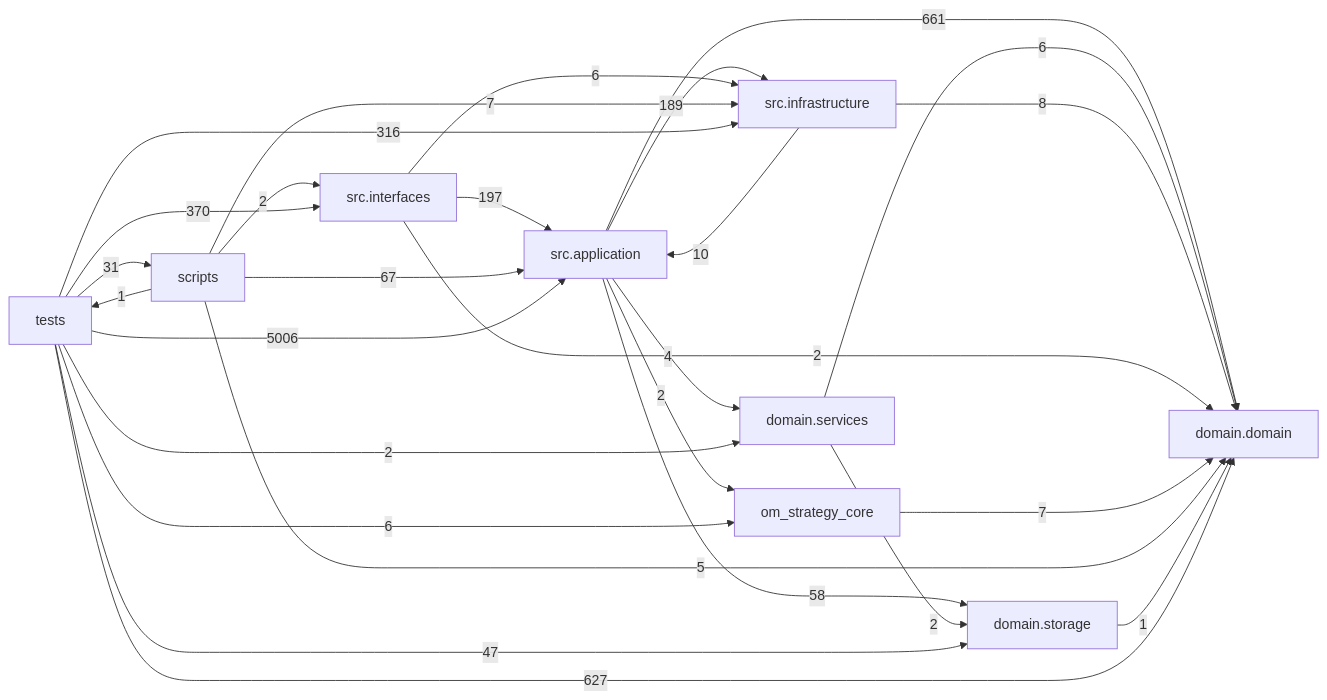
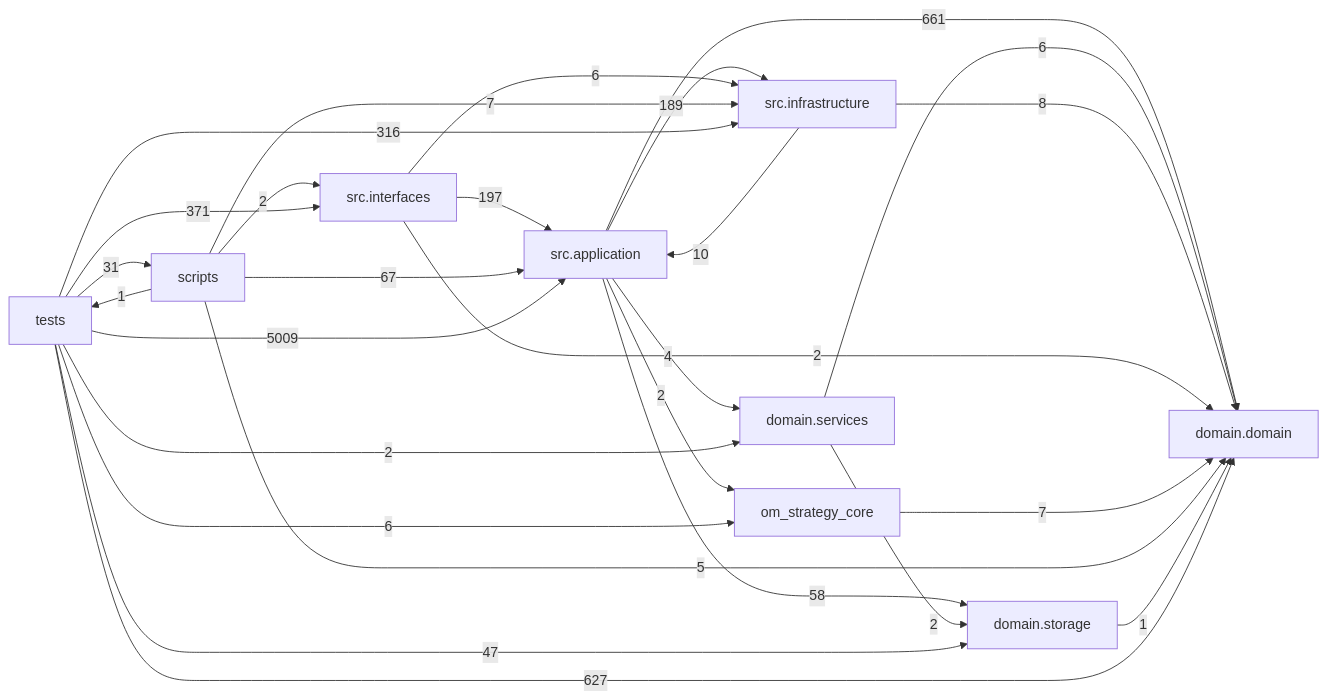
Before and after one commit to liuxie066/options-monitor: the diagram in docs/DEPENDENCY_GRAPH.md, drawn with Mermaid. The commit also changed other lines of this file and 5 other files, not shown here.

````diff
--- a/docs/DEPENDENCY_GRAPH.md
+++ b/docs/DEPENDENCY_GRAPH.md
@@ -24,38 +24,38 @@
 ```mermaid
 flowchart LR
   tests["tests"]
   scripts["scripts"]
   interfaces["src.interfaces"]
   application["src.application"]
   infrastructure["src.infrastructure"]
   domain_services["domain.services"]
   domain["domain.domain"]
   storage["domain.storage"]
   application -->|661| domain
   application -->|4| domain_services
   application -->|189| infrastructure
   application -->|2| om_strategy_core
   application -->|58| storage
   domain_services -->|6| domain
   domain_services -->|2| storage
   infrastructure -->|10| application
   infrastructure -->|8| domain
   interfaces -->|197| application
   interfaces -->|2| domain
   interfaces -->|6| infrastructure
   om_strategy_core -->|7| domain
   scripts -->|67| application
   scripts -->|5| domain
   scripts -->|7| infrastructure
   scripts -->|2| interfaces
   scripts -->|1| tests
   storage -->|1| domain
-  tests -->|5006| application
+  tests -->|5009| application
   tests -->|627| domain
   tests -->|2| domain_services
   tests -->|316| infrastructure
-  tests -->|370| interfaces
+  tests -->|371| interfaces
   tests -->|6| om_strategy_core
   tests -->|31| scripts
   tests -->|47| storage
 ```
````
